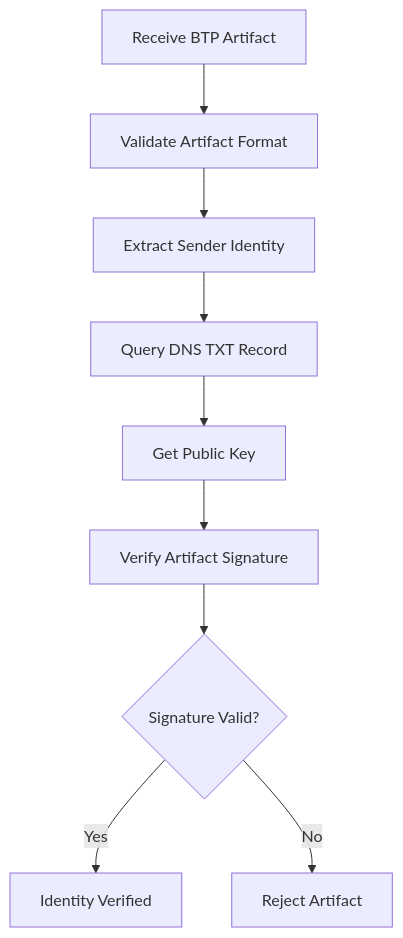
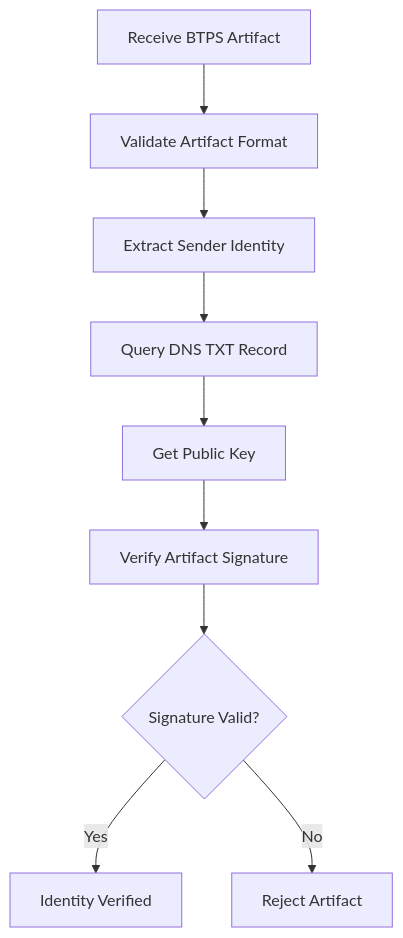
One commit to openbtps/btps-node changed the fifth of 7 diagrams in docs/docusaurus/docs/protocol/messageFlow.md. Above: the diagram before and after it, drawn with Mermaid. The commit also changed other lines of this file and 19 other files, not shown here.

Commit message:
- updated BTP word to BTPS

````diff
--- a/docs/docusaurus/docs/protocol/messageFlow.md
+++ b/docs/docusaurus/docs/protocol/messageFlow.md
@@ -244,11 +255,11 @@
 ```mermaid
 graph TD
-    A[Receive BTP Artifact] --> B[Validate Artifact Format]
+    A[Receive BTPS Artifact] --> B[Validate Artifact Format]
     B --> C[Extract Sender Identity]
     C --> D[Query DNS TXT Record]
     D --> E[Get Public Key]
     E --> F[Verify Artifact Signature]
     F --> G{Signature Valid?}
     G -->|Yes| H[Identity Verified]
     G -->|No| I[Reject Artifact]
 ```
````
